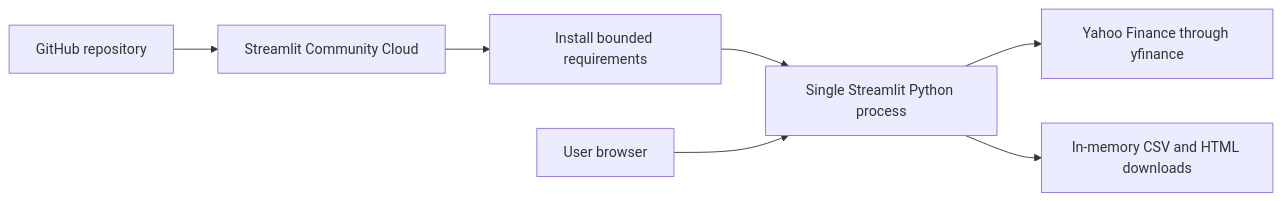
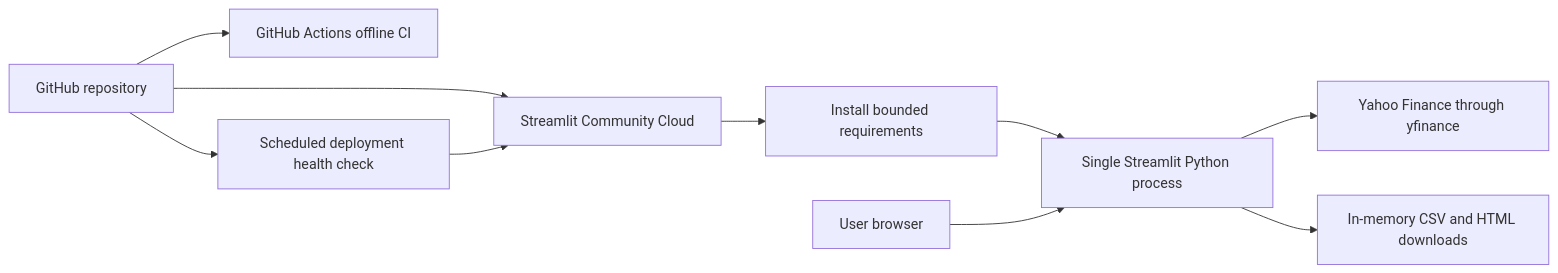
One commit to Jams411/portfolio-research-dashboard changed the fifth of 5 diagrams in docs/ARCHITECTURE.md. Above: the diagram before and after it, drawn with Mermaid. The commit also changed other lines of this file and 5 other files, not shown here.

````diff
--- a/docs/ARCHITECTURE.md
+++ b/docs/ARCHITECTURE.md
@@ -368,9 +376,12 @@
 ```mermaid
 flowchart LR
     GitHub["GitHub repository"] --> Cloud["Streamlit Community Cloud"]
+    GitHub --> CI["GitHub Actions offline CI"]
+    GitHub --> Health["Scheduled deployment health check"]
+    Health --> Cloud
     Cloud --> Install["Install bounded requirements"]
     Install --> Process["Single Streamlit Python process"]
     Browser["User browser"] --> Process
     Process --> Yahoo["Yahoo Finance through yfinance"]
     Process --> Download["In-memory CSV and HTML downloads"]
 ```
````
